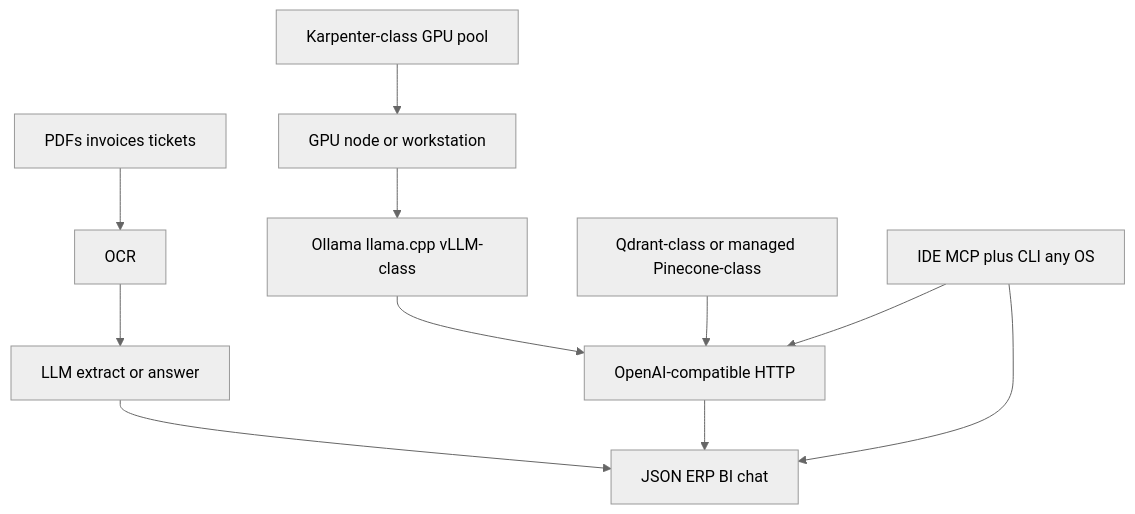
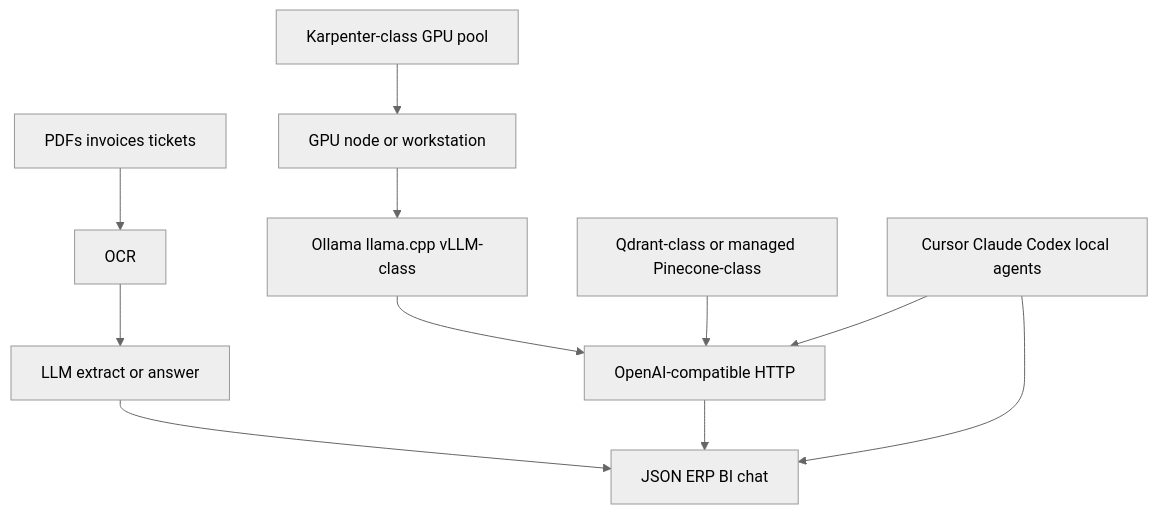
Before and after one commit to NarberallGamma/narberall-platform-engineer-lab: the diagram in architecture/01-llmops.md, drawn with Mermaid (neutral theme). The commit also changed other lines of this file and 1166 other files, not shown here.

````diff
--- a/architecture/01-llmops.md
+++ b/architecture/01-llmops.md
@@ -7,13 +7,13 @@
 ```mermaid
 flowchart TB
   Docs[PDFs invoices tickets] --> OCR[OCR]
   OCR --> LLM[LLM extract or answer]
   LLM --> Out[JSON ERP BI chat]
   GPU[GPU node or workstation] --> Serve[Ollama llama.cpp vLLM-class]
   Serve --> API[OpenAI-compatible HTTP]
   Vec[Qdrant-class or managed Pinecone-class] --> API
   Scale[Karpenter-class GPU pool] --> GPU
-  Desk[IDE MCP plus CLI any OS] --> API
+  Desk[Cursor Claude Codex local agents] --> API
   Desk --> Out
   API --> Out
 ```
````
